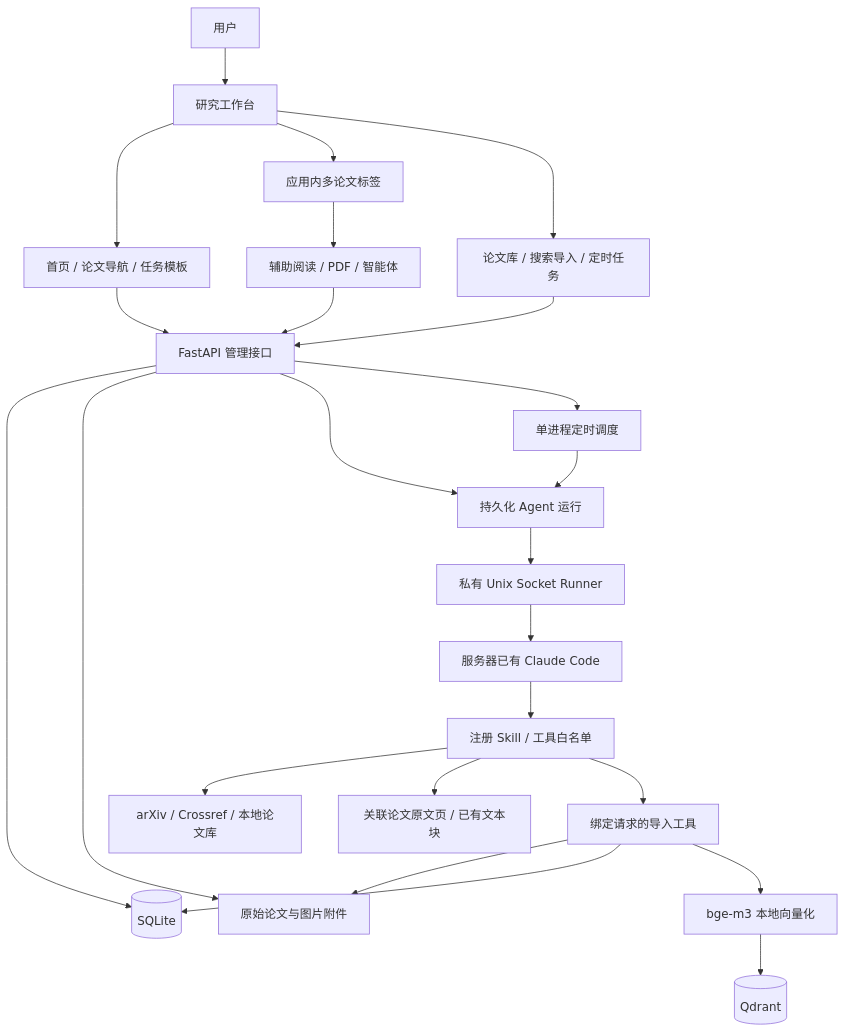
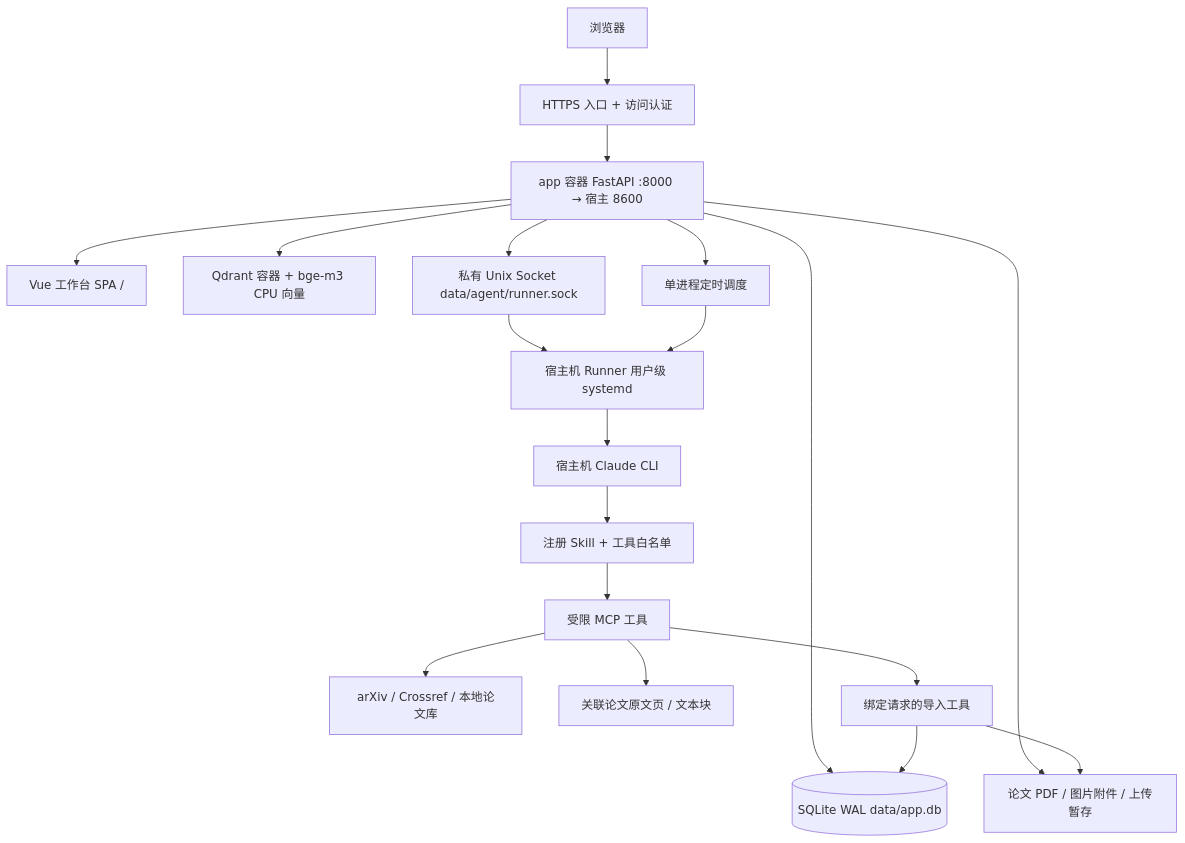
One commit to FallrainKing/Firework changed the first of 3 diagrams in 架构.md. Above: the diagram before and after it, drawn with Mermaid. The commit also changed other lines of this file, not shown here.

Commit message:
docs: comprehensive architecture and API reference for final state

````diff
--- a/架构.md
+++ b/架构.md
@@ -19,26 +18,21 @@
 ```mermaid
 flowchart TB
-    User[用户] --> Web[研究工作台]
-    Web --> Home[首页 / 论文导航 / 任务模板]
-    Web --> Tabs[应用内多论文标签]
-    Web --> Manage[论文库 / 搜索导入 / 定时任务]
-    Tabs --> Reader[辅助阅读 / PDF / 智能体]
-    Home --> API[FastAPI 管理接口]
-    Reader --> API
-    Manage --> API
-    API --> SQLite[(SQLite)]
-    API --> Files[原始论文与图片附件]
-    API --> Runs[持久化 Agent 运行]
-    Runs --> Runner[私有 Unix Socket Runner]
-    Runner --> CLI[服务器已有 Claude Code]
-    CLI --> Skills[注册 Skill / 工具白名单]
-    Skills --> Search[arXiv / Crossref / 本地论文库]
-    Skills --> Evidence[关联论文原文页 / 已有文本块]
-    Skills --> Import[绑定请求的导入工具]
+    User[浏览器] --> Access[HTTPS 入口 + 访问认证]
+    Access --> App[app 容器 FastAPI :8000 → 宿主 8600]
+    App --> SPA[Vue 工作台 SPA /]
+    App --> DB[(SQLite WAL data/app.db)]
+    App --> Files[论文 PDF / 图片附件 / 上传暂存]
+    App --> Qdrant[Qdrant 容器 + bge-m3 CPU 向量]
+    App --> Socket[私有 Unix Socket data/agent/runner.sock]
+    Socket --> Runner[宿主机 Runner 用户级 systemd]
+    Runner --> CLI[宿主机 Claude CLI]
+    CLI --> Skills[注册 Skill + 工具白名单]
+    Skills --> Tools[受限 MCP 工具]
+    Tools --> Search[arXiv / Crossref / 本地论文库]
+    Tools --> Evidence[关联论文原文页 / 文本块]
+    Tools --> Import[绑定请求的导入工具]
     Import --> Files
-    Import --> SQLite
-    Import --> Embed[bge-m3 本地向量化]
-    Embed --> Qdrant[(Qdrant)]
-    API --> Timer[单进程定时调度]
-    Timer --> Runs
+    Import --> DB
+    App --> Timer[单进程定时调度]
+    Timer --> Runner
 ```
````
